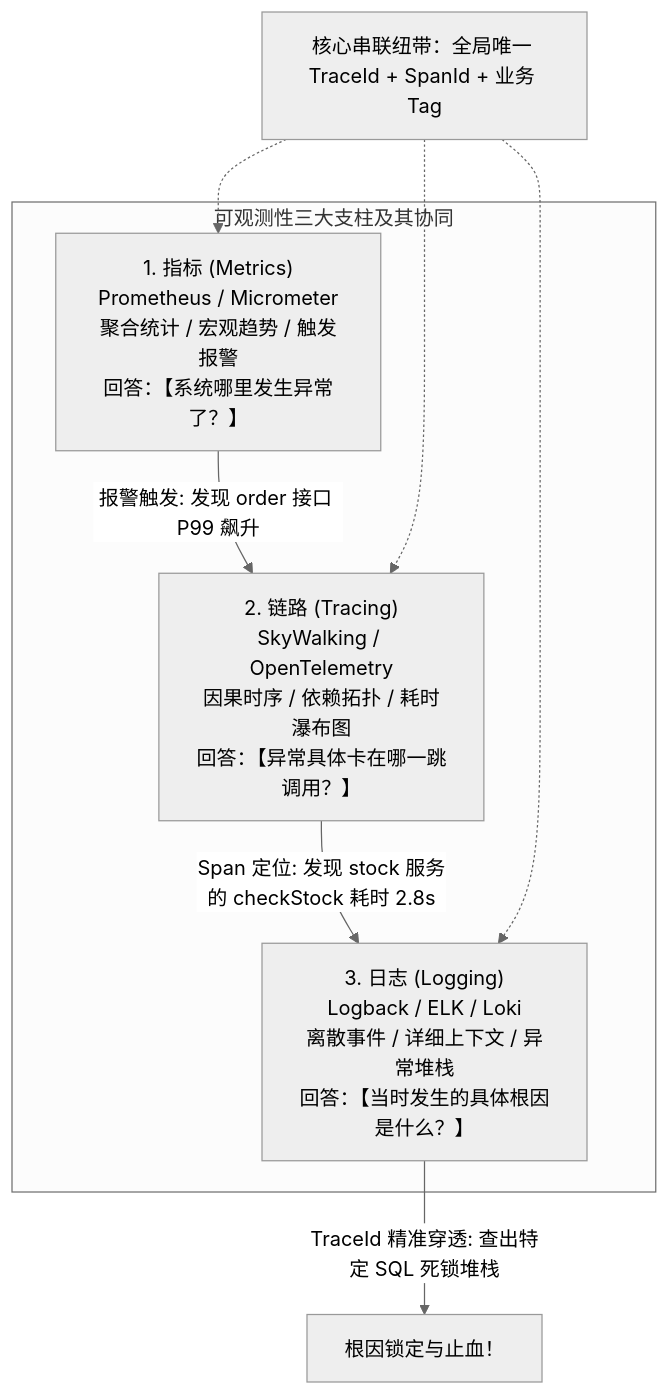
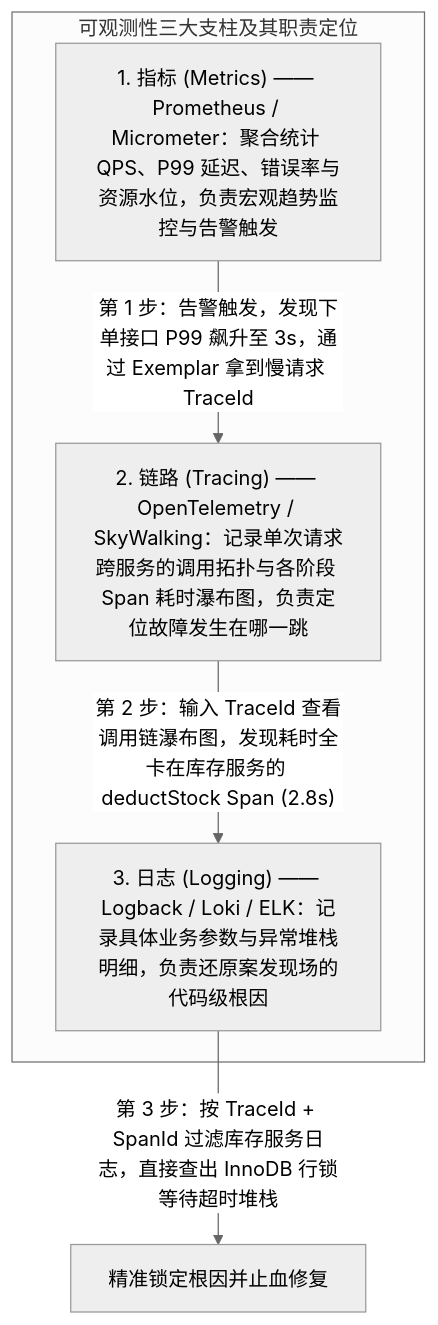
Before and after one commit to GuoWWWX/knowledge-base: the first of 2 diagrams in 20-Java后端/10-知识串联与专题/07-微服务治理与可观测性全链路.md, drawn with Mermaid (neutral theme). The commit also changed other lines of this file and 251 other files, not shown here.

````diff
--- a/20-Java后端/10-知识串联与专题/07-微服务治理与可观测性全链路.md
+++ b/20-Java后端/10-知识串联与专题/07-微服务治理与可观测性全链路.md
@@ -30,16 +33,12 @@
 ```mermaid
 flowchart TD
-    subgraph Pillars["可观测性三大支柱及其协同"]
-        Metrics["1. 指标 (Metrics)<br/>Prometheus / Micrometer<br/>聚合统计 / 宏观趋势 / 触发报警<br/>回答：【系统哪里发生异常了？】"]
-        Tracing["2. 链路 (Tracing)<br/>SkyWalking / OpenTelemetry<br/>因果时序 / 依赖拓扑 / 耗时瀑布图<br/>回答：【异常具体卡在哪一跳调用？】"]
-        Logging["3. 日志 (Logging)<br/>Logback / ELK / Loki<br/>离散事件 / 详细上下文 / 异常堆栈<br/>回答：【当时发生的具体根因是什么？】"]
+    subgraph Pillars["可观测性三大支柱及其职责定位"]
+        Metrics["1. 指标 (Metrics) —— Prometheus / Micrometer：聚合统计 QPS、P99 延迟、错误率与资源水位，负责宏观趋势监控与告警触发"]
+        Tracing["2. 链路 (Tracing) —— OpenTelemetry / SkyWalking：记录单次请求跨服务的调用拓扑与各阶段 Span 耗时瀑布图，负责定位故障发生在哪一跳"]
+        Logging["3. 日志 (Logging) —— Logback / Loki / ELK：记录具体业务参数与异常堆栈明细，负责还原案发现场的代码级根因"]
     end
 
-    Metrics -->|"报警触发: 发现 order 接口 P99 飙升"| Tracing
-    Tracing -->|"Span 定位: 发现 stock 服务的 checkStock 耗时 2.8s"| Logging
-    Logging -->|"TraceId 精准穿透: 查出特定 SQL 死锁堆栈"| RootCause["根因锁定与止血！"]
-
-    TraceIdTie["核心串联纽带：全局唯一 TraceId + SpanId + 业务 Tag"] -.-> Metrics
-    TraceIdTie -.-> Tracing
-    TraceIdTie -.-> Logging
+    Metrics -->|"第 1 步：告警触发，发现下单接口 P99 飙升至 3s，通过 Exemplar 拿到慢请求 TraceId"| Tracing
+    Tracing -->|"第 2 步：输入 TraceId 查看调用链瀑布图，发现耗时全卡在库存服务的 deductStock Span (2.8s)"| Logging
+    Logging -->|"第 3 步：按 TraceId + SpanId 过滤库存服务日志，直接查出 InnoDB 行锁等待超时堆栈"| RootCause["精准锁定根因并止血修复"]
 ```
````
